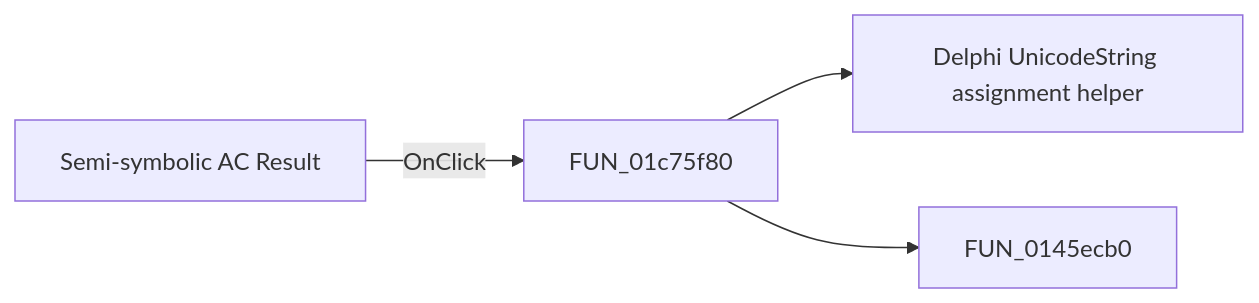
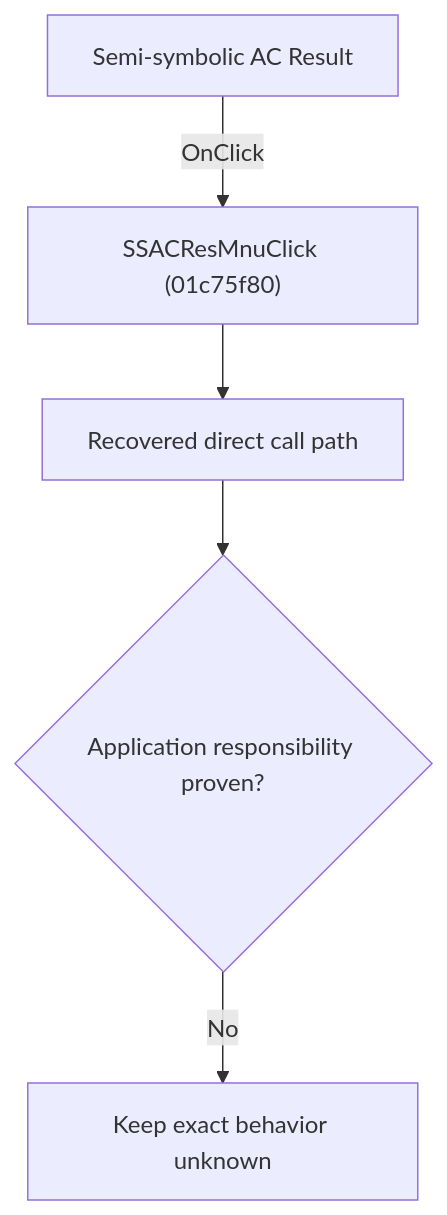
The diagram in docs/ui-controls/schematiceditor/ssacresmnu-4cd572dc73.md (MovGP0/TIARA), drawn with Mermaid before and after one commit. The commit also changed other lines of this file and 1062 other files, not shown here.

````diff
--- a/docs/ui-controls/schematiceditor/ssacresmnu-4cd572dc73.md
+++ b/docs/ui-controls/schematiceditor/ssacresmnu-4cd572dc73.md
@@ -27,6 +27,7 @@
 ```mermaid
-flowchart LR
-    control["Semi-symbolic AC Result"] -->|OnClick| handler["FUN_01c75f80"]
-    handler --> call1["Delphi UnicodeString assignment helper"]
-    handler --> call2["FUN_0145ecb0"]
+flowchart TD
+    control["Semi-symbolic AC Result"] -->|"OnClick"| handler["SSACResMnuClick (01c75f80)"]
+    handler --> recovered["Recovered direct call path"]
+    recovered --> gap{"Application responsibility proven?"}
+    gap -->|"No"| blocked["Keep exact behavior unknown"]
 ```
````
